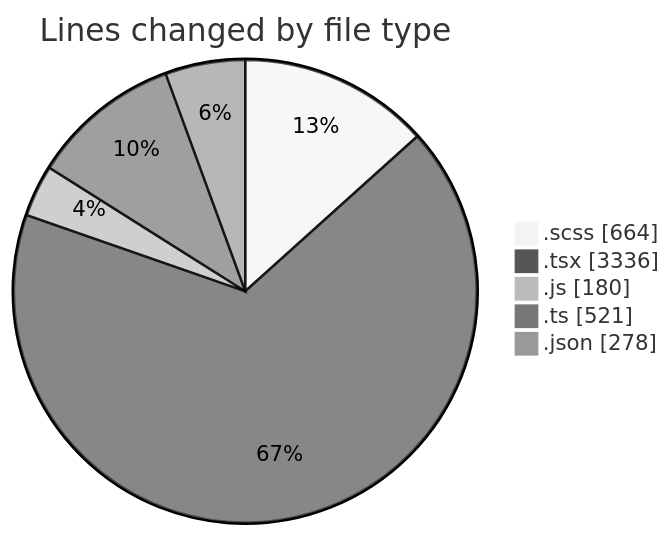
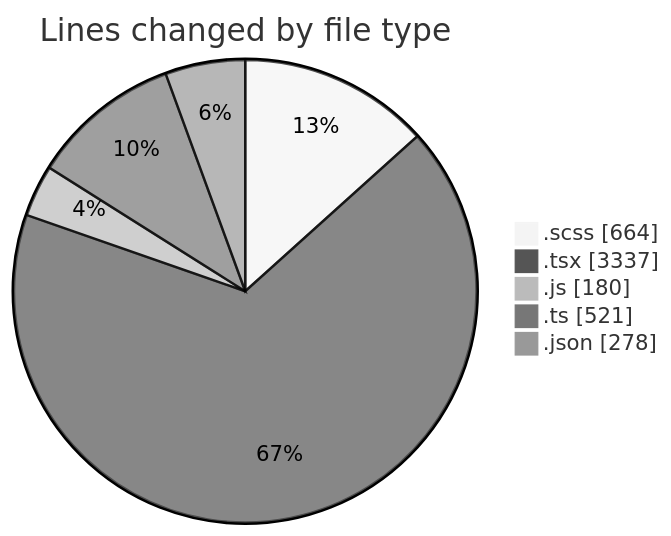
One commit to momahboobian/code-tracking changed the first of 2 diagrams in 2026-08-10/cda/README.md. Above: the diagram before and after it, drawn with Mermaid (neutral theme). The commit also changed other lines of this file and 1 other file, not shown here.

````diff
--- a/2026-08-10/cda/README.md
+++ b/2026-08-10/cda/README.md
@@ -32,9 +32,9 @@
 ```mermaid
 pie showData
 title Lines changed by file type
 ".scss" : 664
-".tsx" : 3336
+".tsx" : 3337
 ".js" : 180
 ".ts" : 521
 ".json" : 278
 ```
````
